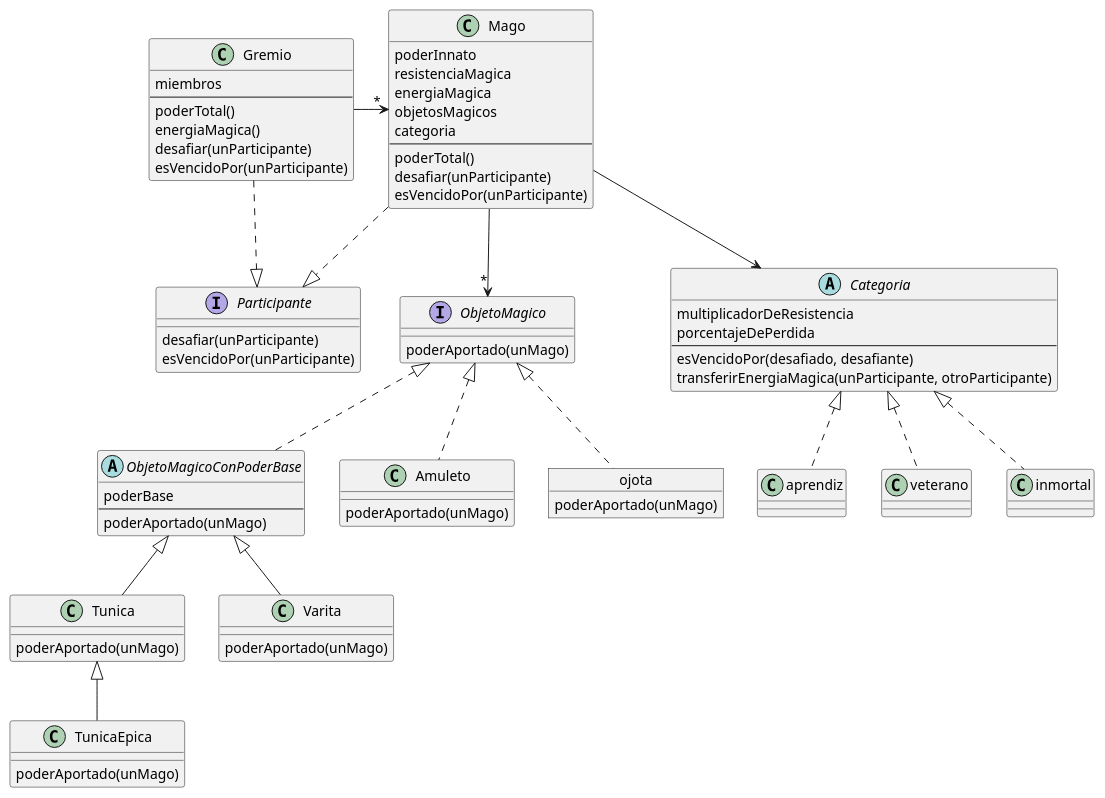
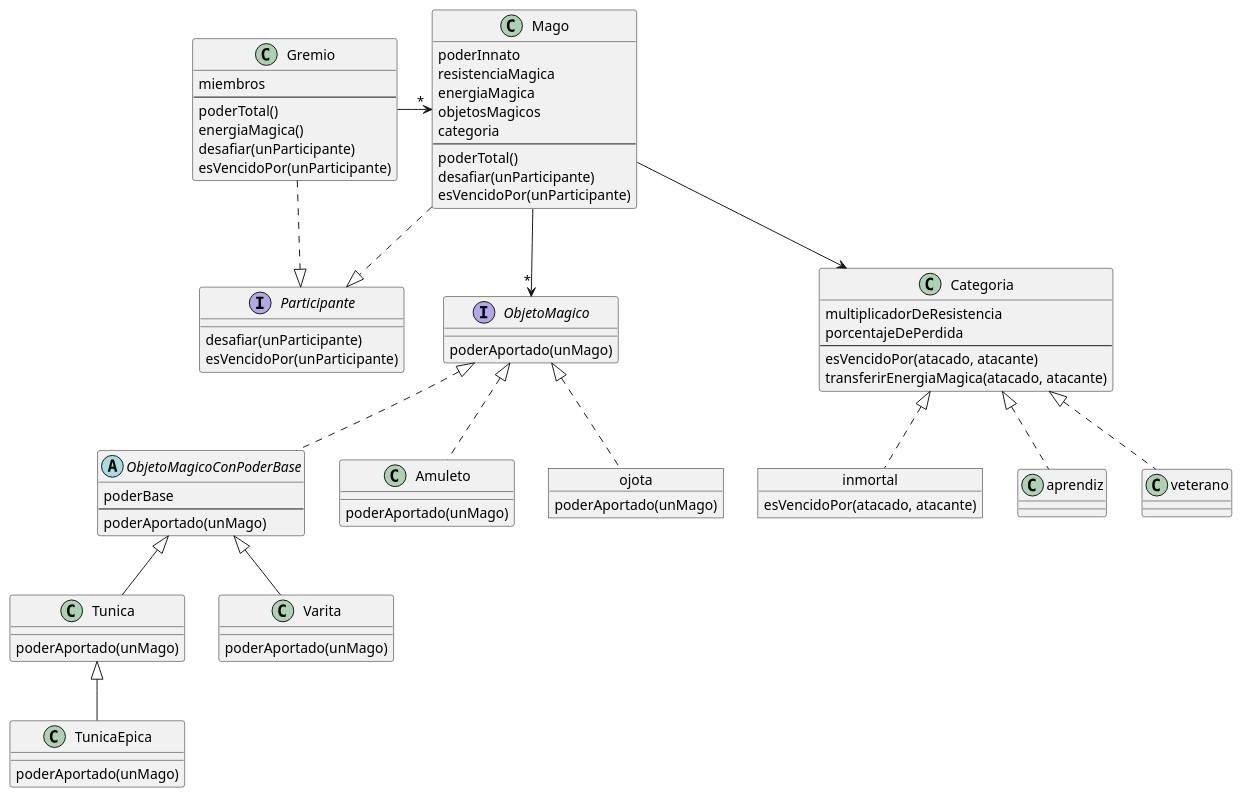
The diagram in rizzitano_recuperatorio_objetos/diagrama_solucion.plantuml (lrizzitano/rizzitano_recuperatorio_objetos), drawn with PlantUML before and after one commit. The commit also changed 3 other files, not shown here.

```diff
--- a/rizzitano_recuperatorio_objetos/diagrama_solucion.plantuml
+++ b/rizzitano_recuperatorio_objetos/diagrama_solucion.plantuml
@@ -1,86 +1,90 @@
 @startuml torneoDeMagos
 
 interface Participante {
     desafiar(unParticipante)
     esVencidoPor(unParticipante)
 }
 
 class Mago {
     poderInnato
     resistenciaMagica
     energiaMagica
     objetosMagicos
     categoria
     --
     poderTotal()
     desafiar(unParticipante)
     esVencidoPor(unParticipante)
 }
 
 class Gremio {
     miembros
     --
     poderTotal()
     energiaMagica()
     desafiar(unParticipante)
     esVencidoPor(unParticipante)
 }
 
-abstract class Categoria {
+class Categoria {
     multiplicadorDeResistencia
     porcentajeDePerdida
     --
-    esVencidoPor(desafiado, desafiante)
-    transferirEnergiaMagica(unParticipante, otroParticipante)
+    esVencidoPor(atacado, atacante)
+    transferirEnergiaMagica(atacado, atacante)
+}
+
+object inmortal {
+    esVencidoPor(atacado, atacante)
 }
 
 interface ObjetoMagico {
     poderAportado(unMago)
 }
 
 abstract class ObjetoMagicoConPoderBase {
     poderBase
     --
     poderAportado(unMago)
 }
 
 class Varita {
     poderAportado(unMago)
 }
 
 class Tunica {
     poderAportado(unMago)
 }
 
 class TunicaEpica {
     poderAportado(unMago)
 }
 
 class Amuleto {
     poderAportado(unMago)
 }
 
 object ojota {
     poderAportado(unMago)
 }
 
 Mago ..|> Participante
 Gremio ..|> Participante
 Gremio -> "*" Mago
 
 Mago --> "*" ObjetoMagico
 Mago --> Categoria
 
 Amuleto .u.|> ObjetoMagico
 ojota .u.|> ObjetoMagico
 ObjetoMagicoConPoderBase .u.|> ObjetoMagico
 
 Varita -u-|> ObjetoMagicoConPoderBase
 Tunica -u-|> ObjetoMagicoConPoderBase
 TunicaEpica -u-|> Tunica
 
 aprendiz .u.|> Categoria
 veterano .u.|> Categoria
 inmortal .u.|> Categoria
 
 @enduml
```
